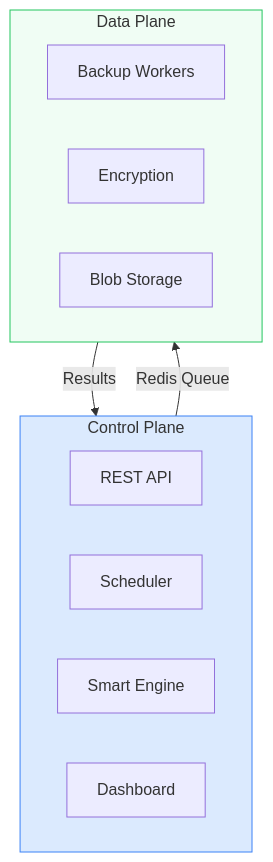
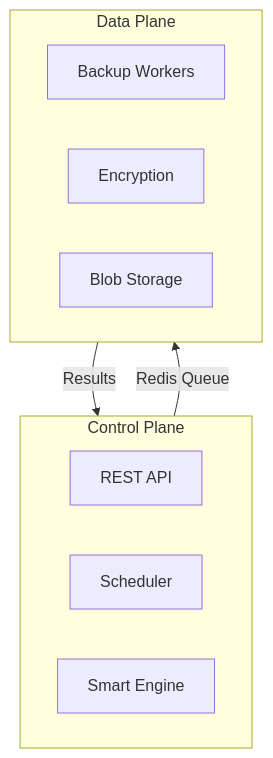
One commit to gpatwa/m365-vault changed the third of 3 diagrams in docs/ARCHITECTURE.md. Above: the diagram before and after it, drawn with Mermaid. The commit also changed other lines of this file and 3 other files, not shown here.

First line of the commit message:
fix: remove emojis from Mermaid diagrams — Mermaid v11 strict syntax

````diff
--- a/docs/ARCHITECTURE.md
+++ b/docs/ARCHITECTURE.md
@@ -35,21 +34,15 @@
 ```mermaid
 graph TB
-    subgraph CP["Control Plane"]
-        API["REST API"]
-        Sched["Scheduler"]
-        Smart["Smart Engine"]
-        UI["Dashboard"]
+    subgraph CP[Control Plane]
+        A1[REST API]
+        A2[Scheduler]
+        A3[Smart Engine]
     end
-
-    subgraph DP["Data Plane"]
-        Worker["Backup Workers"]
-        Encrypt["Encryption"]
-        Storage["Blob Storage"]
+    subgraph DP[Data Plane]
+        B1[Backup Workers]
+        B2[Encryption]
+        B3[Blob Storage]
     end
-
     CP -->|Redis Queue| DP
     DP -->|Results| CP
-
-    style CP fill:#dbeafe,stroke:#3b82f6
-    style DP fill:#f0fdf4,stroke:#22c55e
 ```
````
